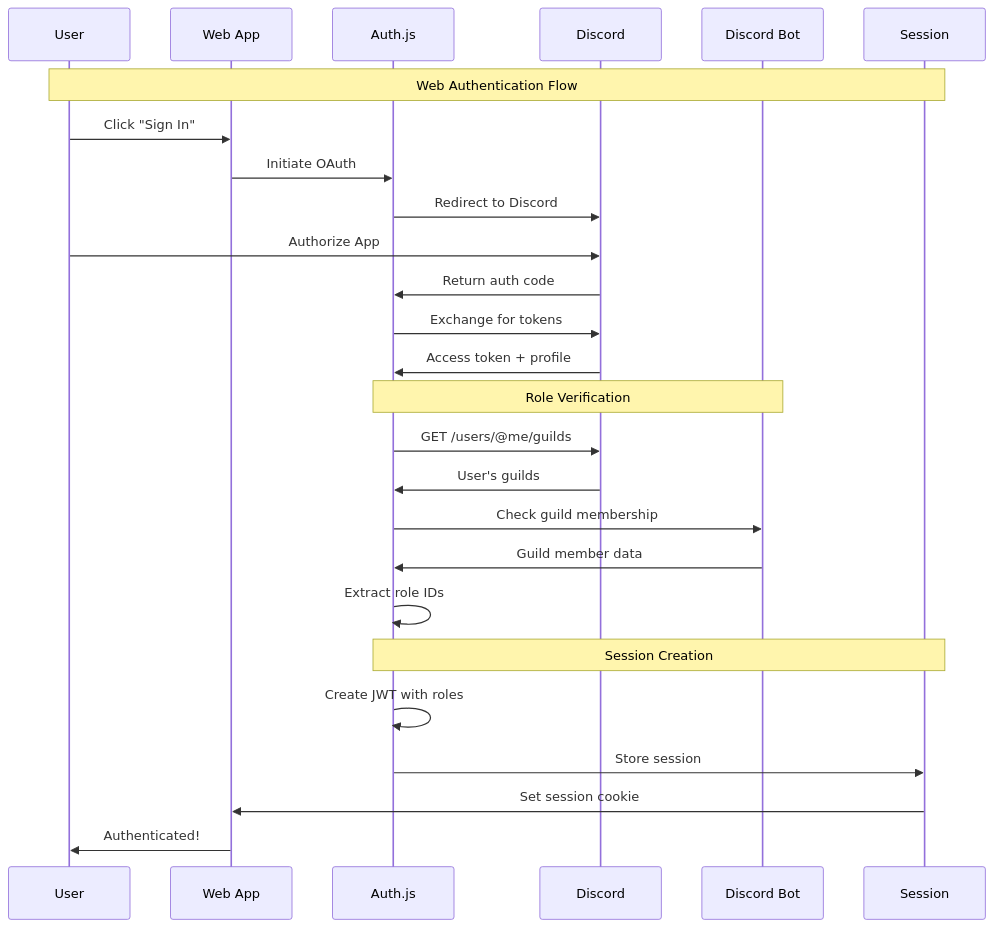
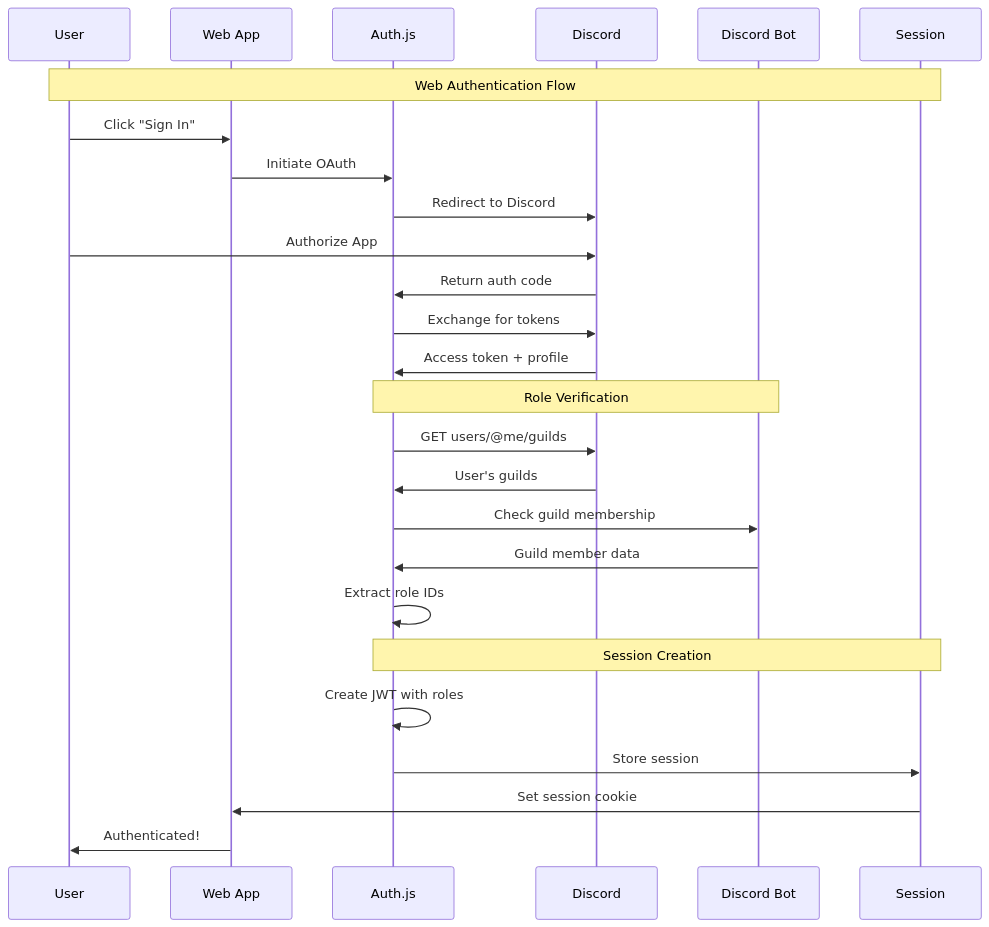
The second of 5 diagrams in PENTEST_PLAN.md (Ladder-Legends/ladder-legends-academy-test), drawn with Mermaid before and after one commit. The commit also changed other lines of this file, not shown here.

First line of the commit message:
fix: correct Mermaid syntax for GitHub rendering

````diff
--- a/PENTEST_PLAN.md
+++ b/PENTEST_PLAN.md
@@ -83,34 +83,34 @@
 ```mermaid
 sequenceDiagram
     participant U as User
     participant W as Web App
     participant A as Auth.js
     participant D as Discord
     participant DB as Discord Bot
     participant S as Session
 
     Note over U,S: Web Authentication Flow
 
     U->>W: Click "Sign In"
     W->>A: Initiate OAuth
     A->>D: Redirect to Discord
     U->>D: Authorize App
     D->>A: Return auth code
     A->>D: Exchange for tokens
     D->>A: Access token + profile
 
     Note over A,DB: Role Verification
 
-    A->>D: GET /users/@me/guilds
+    A->>D: GET users/@me/guilds
     D->>A: User's guilds
     A->>DB: Check guild membership
     DB->>A: Guild member data
     A->>A: Extract role IDs
 
     Note over A,S: Session Creation
 
     A->>A: Create JWT with roles
     A->>S: Store session
     S->>W: Set session cookie
     W->>U: Authenticated!
 ```
````
